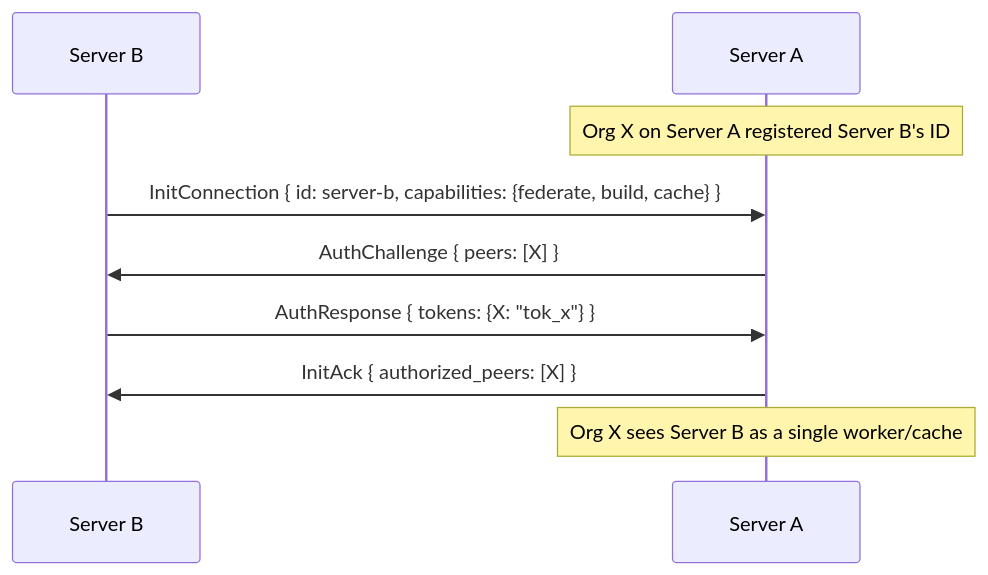
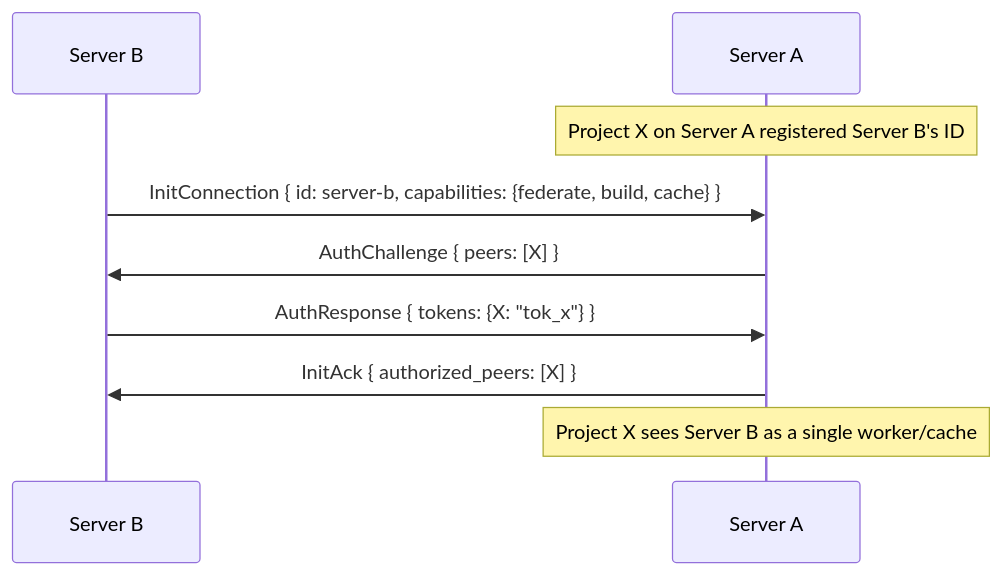
Before and after one commit to wavelens/gradient: diagram 20 of 26 in docs/src/development/proto.md, drawn with Mermaid. The commit also changed other lines of this file and 435 other files, not shown here.

````diff
--- a/docs/src/development/proto.md
+++ b/docs/src/development/proto.md
@@ -1183,12 +1183,12 @@
 ```mermaid
 sequenceDiagram
     participant S2 as Server B
     participant S1 as Server A
 
-    Note over S1: Org X on Server A registered Server B's ID
+    Note over S1: Project X on Server A registered Server B's ID
     S2->>S1: InitConnection { id: server-b, capabilities: {federate, build, cache} }
     S1->>S2: AuthChallenge { peers: [X] }
     S2->>S1: AuthResponse { tokens: {X: "tok_x"} }
     S1->>S2: InitAck { authorized_peers: [X] }
-    Note over S1: Org X sees Server B as a single worker/cache
+    Note over S1: Project X sees Server B as a single worker/cache
 ```
````
